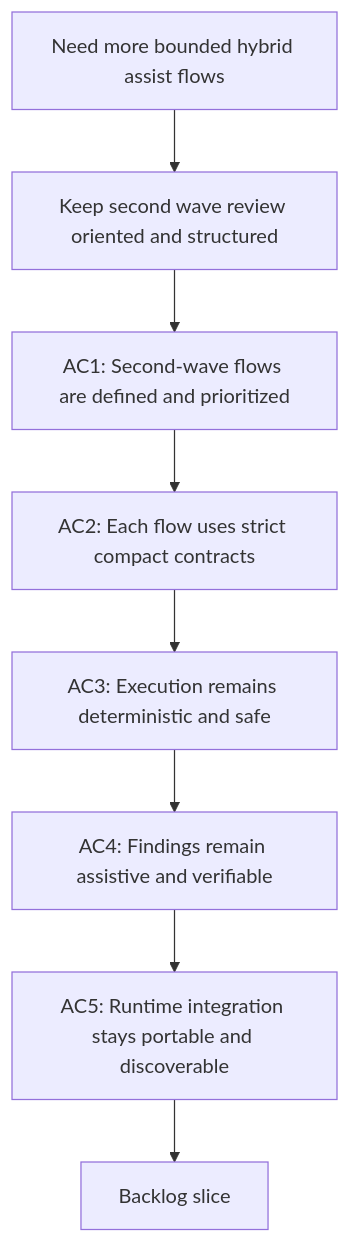
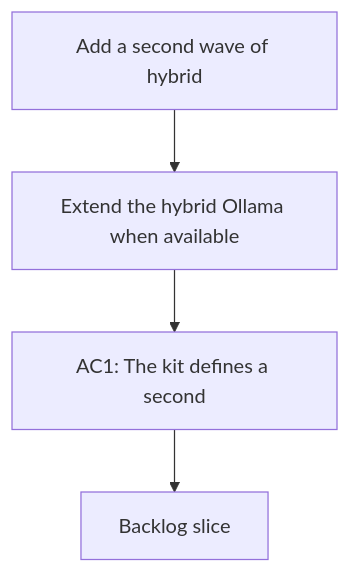
One commit to AlexAgo83/logics-manager changed the diagram in logics/request/req_092_add_a_second_wave_of_hybrid_ollama_or_codex_assist_flows_for_risk_triage_commit_planning_closure_summaries_doc_consistency_checks_and_validation_checklists.md. Above: the diagram before and after it, drawn with Mermaid. The commit also changed 481 other files, not shown here.

````diff
--- a/logics/request/req_092_add_a_second_wave_of_hybrid_ollama_or_codex_assist_flows_for_risk_triage_commit_planning_closure_summaries_doc_consistency_checks_and_validation_checklists.md
+++ b/logics/request/req_092_add_a_second_wave_of_hybrid_ollama_or_codex_assist_flows_for_risk_triage_commit_planning_closure_summaries_doc_consistency_checks_and_validation_checklists.md
@@ -39,12 +39,8 @@
 ```mermaid
 %% logics-kind: request
 %% logics-signature: request|add-a-second-wave-of-hybrid-ollama-or-co|extend-the-hybrid-ollama-when-available|ac1-the-kit-defines-a-second
 flowchart TD
-    Trigger[Need more bounded hybrid assist flows] --> Focus[Keep second wave review oriented and structured]
-    Focus --> AC1[AC1: Second-wave flows are defined and prioritized]
-    AC1 --> AC2[AC2: Each flow uses strict compact contracts]
-    AC2 --> AC3[AC3: Execution remains deterministic and safe]
-    AC3 --> AC4[AC4: Findings remain assistive and verifiable]
-    AC4 --> AC5[AC5: Runtime integration stays portable and discoverable]
-    AC5 --> Backlog[Backlog slice]
+    Trigger[Add a second wave of hybrid] --> Need[Extend the hybrid Ollama when available]
+    Need --> Outcome[AC1: The kit defines a second]
+    Outcome --> Backlog[Backlog slice]
 ```
````
